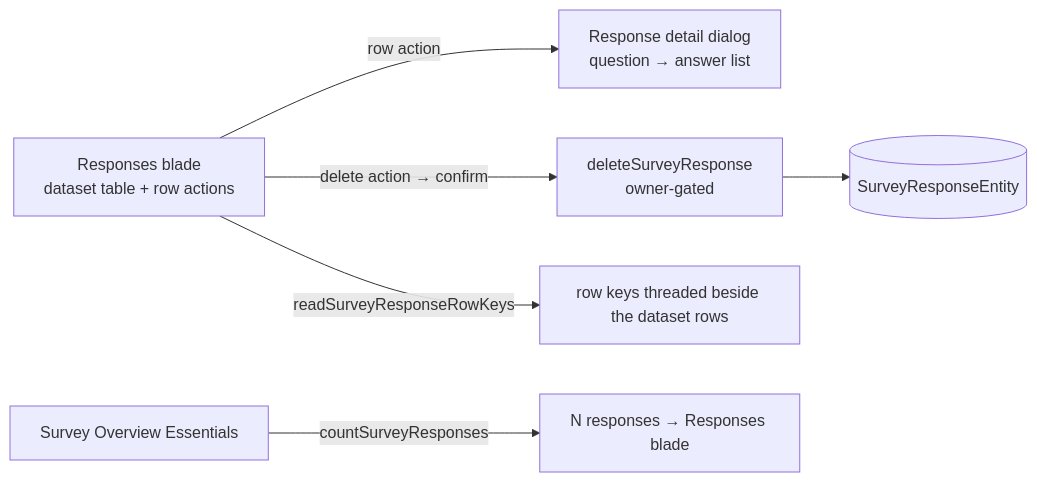
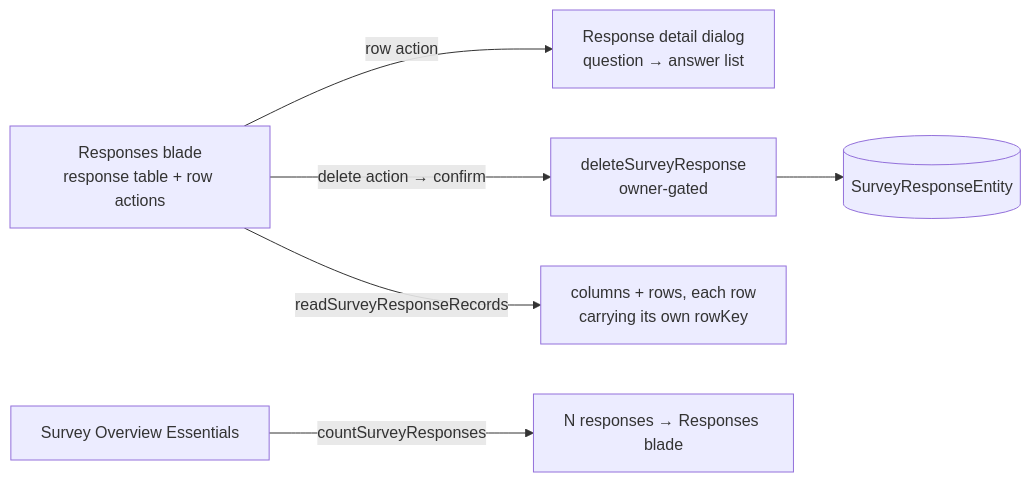
The diagram in packages/app/content/docs/platform/survey-response-management.md (Esposter/Esposter), drawn with Mermaid before and after one commit. The commit also changed other lines of this file and 17 other files, not shown here.

````diff
--- a/packages/app/content/docs/platform/survey-response-management.md
+++ b/packages/app/content/docs/platform/survey-response-management.md
@@ -12,8 +12,8 @@
 ```mermaid
 flowchart LR
-  BLADE["Responses blade<br/>dataset table + row actions"] -->|row action| DETAIL["Response detail dialog<br/>question → answer list"]
+  BLADE["Responses blade<br/>response table + row actions"] -->|row action| DETAIL["Response detail dialog<br/>question → answer list"]
   BLADE -->|"delete action → confirm"| DEL["deleteSurveyResponse<br/>owner-gated"]
   DEL --> AT[("SurveyResponseEntity")]
-  BLADE -->|readSurveyResponseRowKeys| KEYS["row keys threaded beside the dataset rows"]
+  BLADE -->|readSurveyResponseRecords| RECORDS["columns + rows, each row<br/>carrying its own rowKey"]
   OV["Survey Overview Essentials"] -->|countSurveyResponses| COUNT["N responses → Responses blade"]
 ```
````
